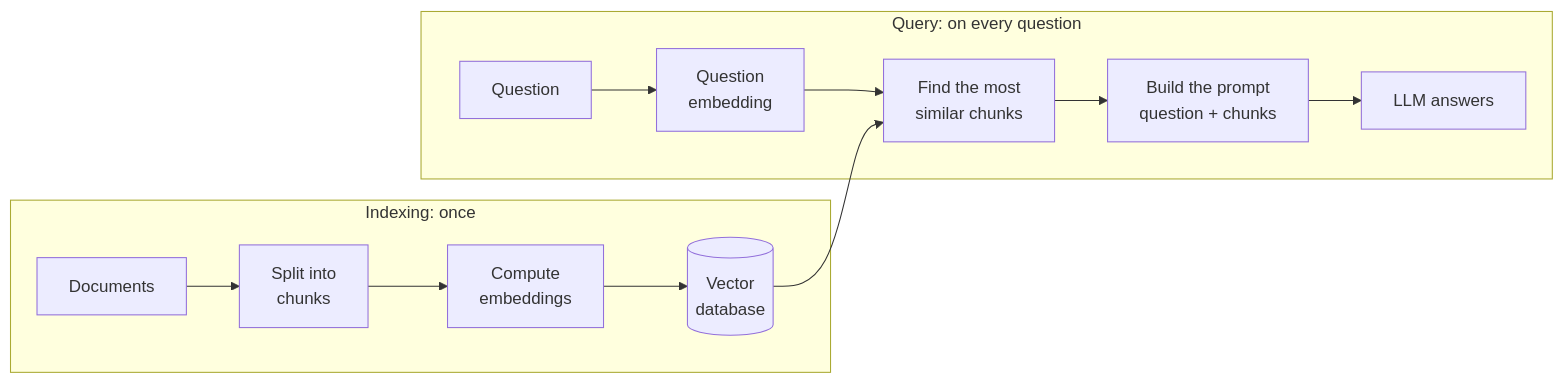
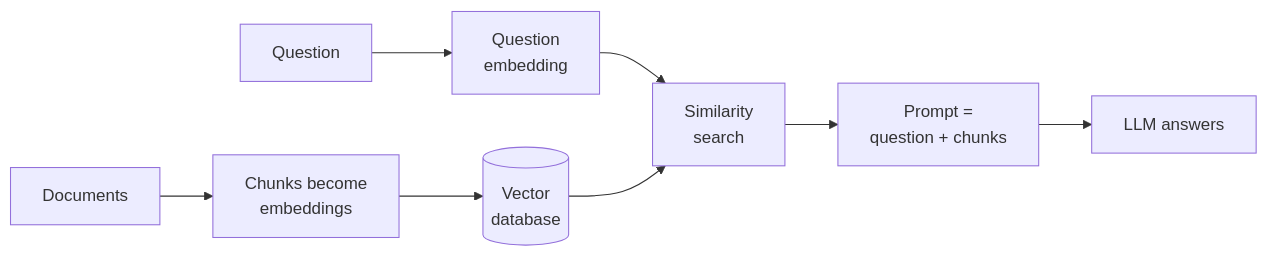
One commit to htborges/IA-Lab changed the first of 3 diagrams in 00-fundamentals/13-ai-systems.md. Above: the diagram before and after it, drawn with Mermaid. The commit also changed 1 other file, not shown here.

Commit message:
Simplify RAG pipeline diagram in lesson 13

````diff
--- a/00-fundamentals/13-ai-systems.md
+++ b/00-fundamentals/13-ai-systems.md
@@ -33,10 +33,7 @@
 ```mermaid
 flowchart LR
-    subgraph I[Indexing: once]
-        D[Documents] --> C[Split into<br/>chunks] --> E1[Compute<br/>embeddings] --> V[(Vector<br/>database)]
-    end
-    subgraph Q[Query: on every question]
-        P[Question] --> E2[Question<br/>embedding] --> B[Find the most<br/>similar chunks] --> M[Build the prompt<br/>question + chunks] --> L[LLM answers]
-    end
+    D[Documents] --> E1[Chunks become<br/>embeddings] --> V[(Vector<br/>database)]
+    P[Question] --> E2[Question<br/>embedding] --> B[Similarity<br/>search]
     V --> B
+    B --> M[Prompt =<br/>question + chunks] --> L[LLM answers]
 ```
````
